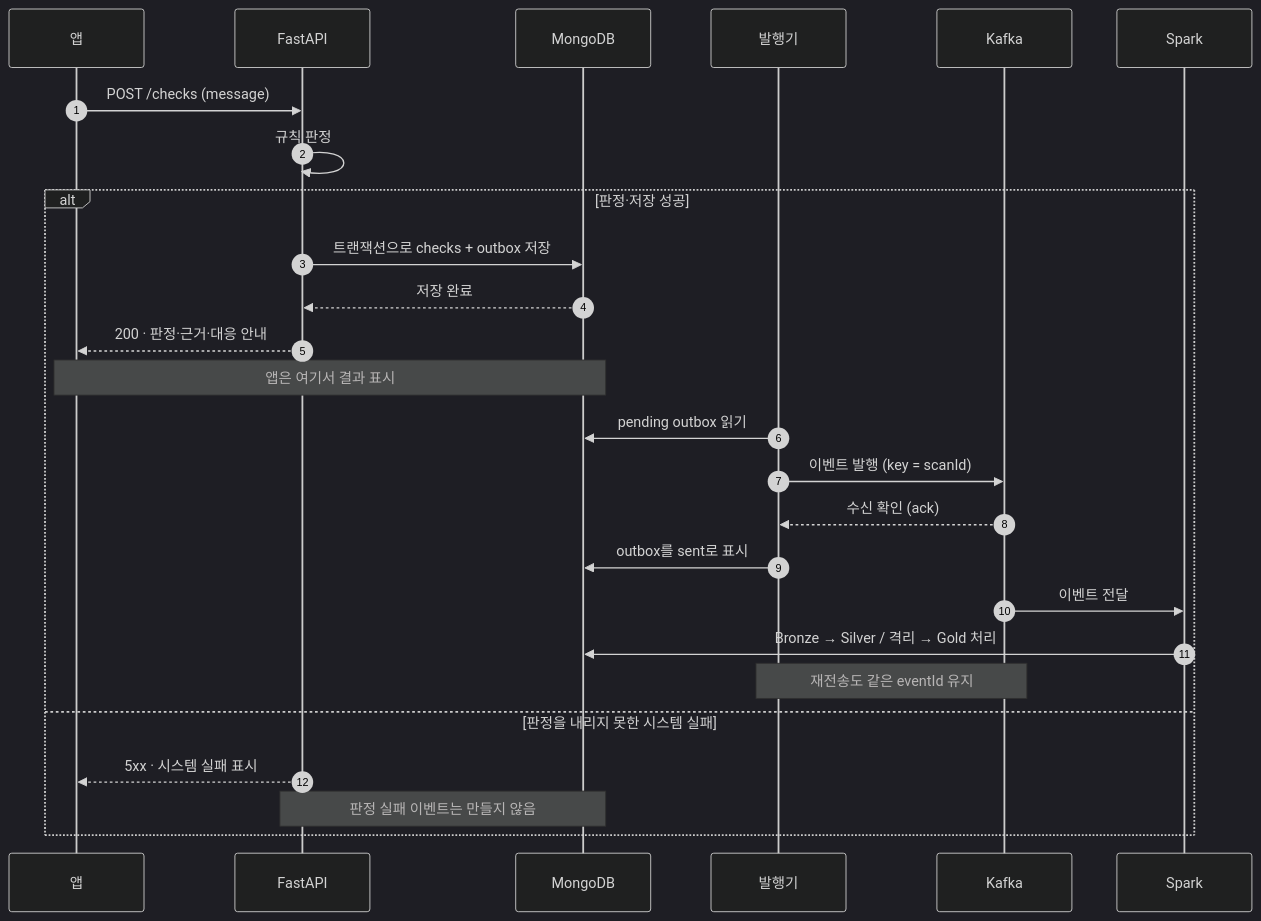
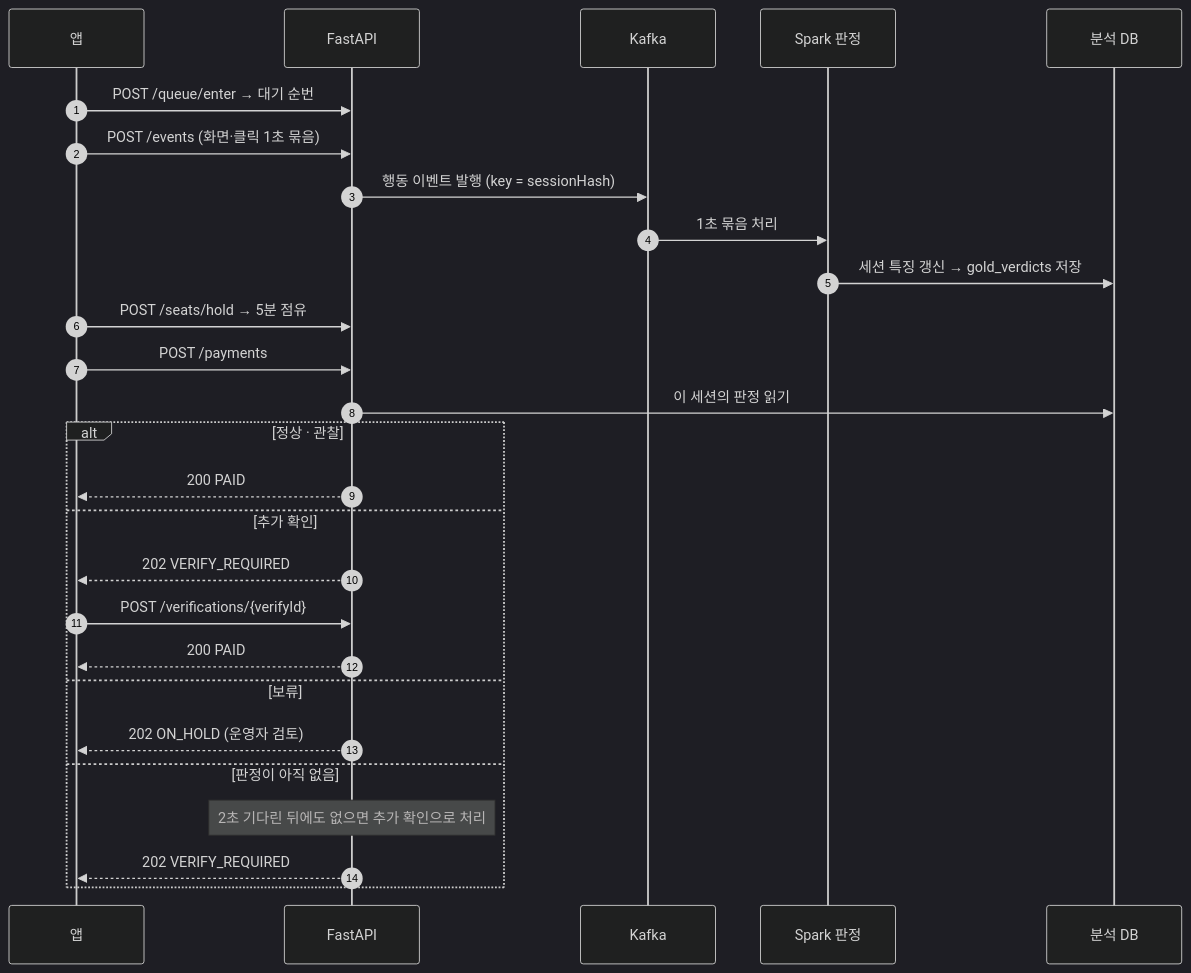
Before and after one commit to seoloo/MLO2_3rd_Project: the second of 5 diagrams in README.md, drawn with Mermaid (dark theme). The commit also changed other lines of this file and 89 other files, not shown here.

````diff
--- a/README.md
+++ b/README.md
@@ -81,29 +89,30 @@
 ```mermaid
 sequenceDiagram
     autonumber
     participant App as 앱
     participant API as FastAPI
-    participant DB as MongoDB
-    participant Pub as 발행기
     participant Kafka as Kafka
-    participant Spark as Spark
+    participant Spark as Spark 판정
+    participant DB as 분석 DB
 
-    App->>API: POST /checks (message)
-    API->>API: 규칙 판정
-    alt 판정·저장 성공
-        API->>DB: 트랜잭션으로 checks + outbox 저장
-        DB-->>API: 저장 완료
-        API-->>App: 200 · 판정·근거·대응 안내
-        Note over App,DB: 앱은 여기서 결과 표시
-        Pub->>DB: pending outbox 읽기
-        Pub->>Kafka: 이벤트 발행 (key = scanId)
-        Kafka-->>Pub: 수신 확인 (ack)
-        Pub->>DB: outbox를 sent로 표시
-        Kafka->>Spark: 이벤트 전달
-        Spark->>DB: Bronze → Silver / 격리 → Gold 처리
-        Note over Pub,Kafka: 재전송도 같은 eventId 유지
-    else 판정을 내리지 못한 시스템 실패
-        API-->>App: 5xx · 시스템 실패 표시
-        Note over API,DB: 판정 실패 이벤트는 만들지 않음
+    App->>API: POST /queue/enter → 대기 순번
+    App->>API: POST /events (화면·클릭 1초 묶음)
+    API->>Kafka: 행동 이벤트 발행 (key = sessionHash)
+    Kafka->>Spark: 1초 묶음 처리
+    Spark->>DB: 세션 특징 갱신 → gold_verdicts 저장
+    App->>API: POST /seats/hold → 5분 점유
+    App->>API: POST /payments
+    API->>DB: 이 세션의 판정 읽기
+    alt 정상 · 관찰
+        API-->>App: 200 PAID
+    else 추가 확인
+        API-->>App: 202 VERIFY_REQUIRED
+        App->>API: POST /verifications/{verifyId}
+        API-->>App: 200 PAID
+    else 보류
+        API-->>App: 202 ON_HOLD (운영자 검토)
+    else 판정이 아직 없음
+        Note over API: 2초 기다린 뒤에도 없으면 추가 확인으로 처리
+        API-->>App: 202 VERIFY_REQUIRED
     end
 ```
````
